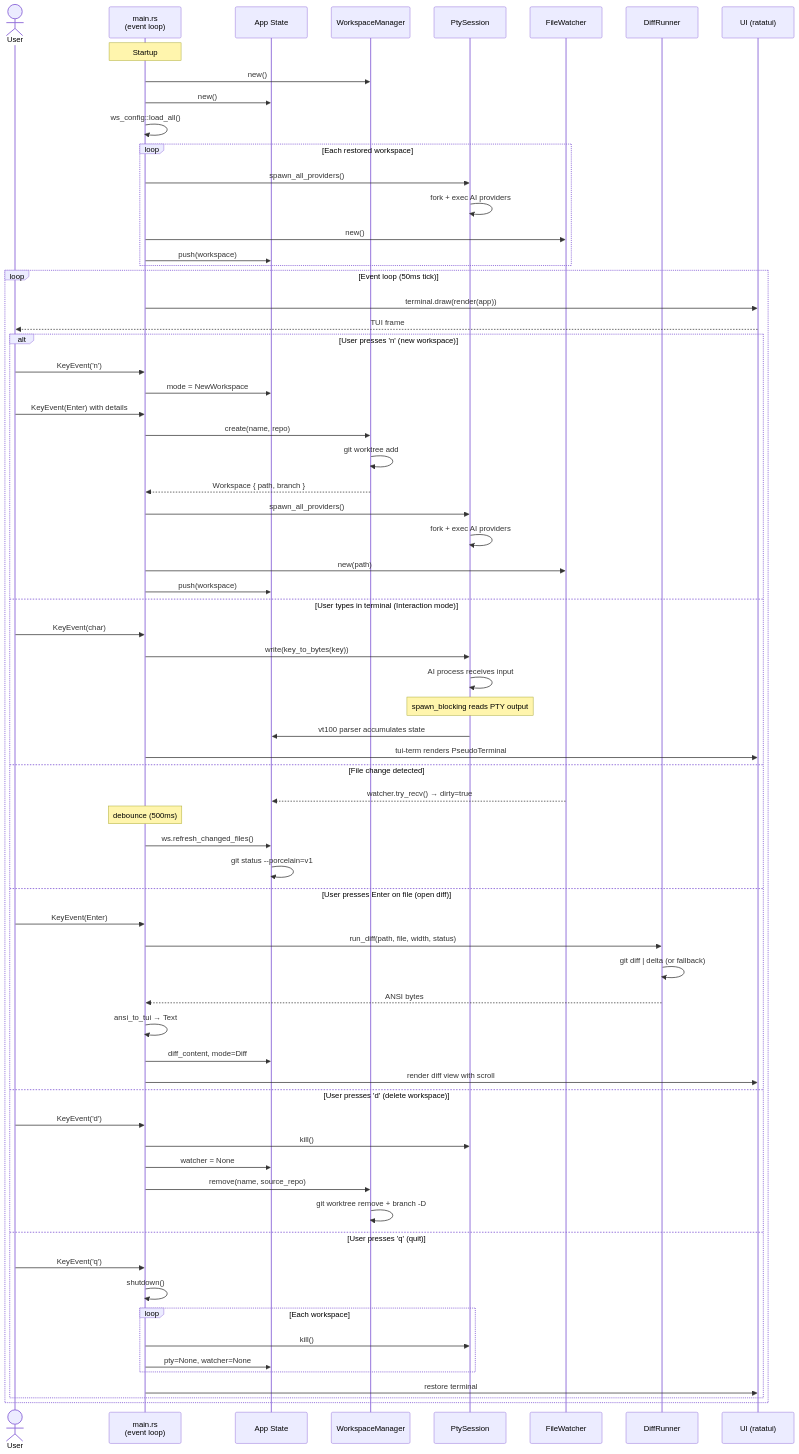
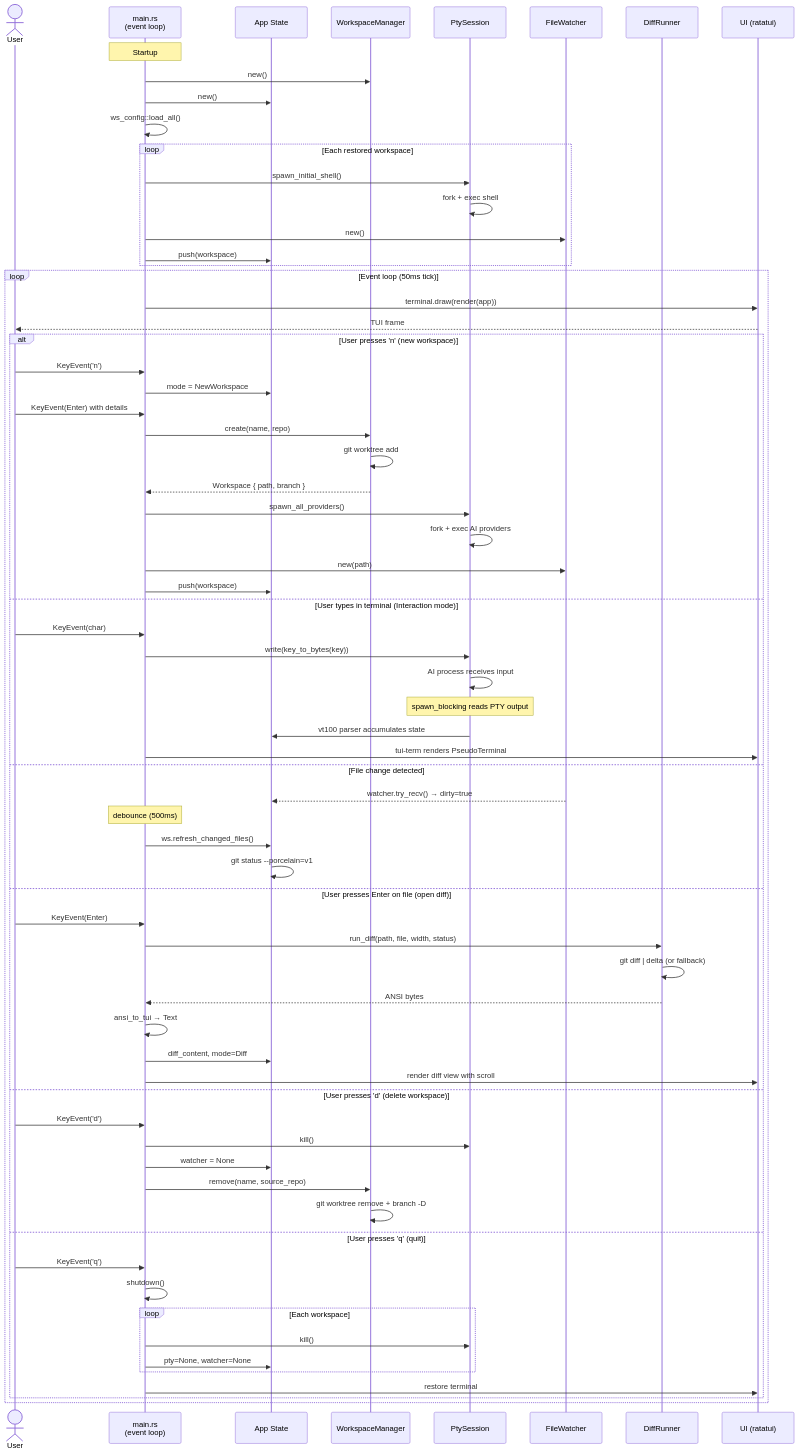
The diagram in README.md (juanknebel/piki-multi-ai), drawn with Mermaid before and after one commit. The commit also changed other lines of this file and 4 other files, not shown here.

````diff
--- a/README.md
+++ b/README.md
@@ -273,79 +278,79 @@
 ```mermaid
 sequenceDiagram
     actor User
     participant Main as main.rs<br/>(event loop)
     participant App as App State
     participant WM as WorkspaceManager
     participant PTY as PtySession
     participant Watcher as FileWatcher
     participant Diff as DiffRunner
     participant UI as UI (ratatui)
 
     Note over Main: Startup
     Main->>WM: new()
     Main->>App: new()
     Main->>Main: ws_config::load_all()
     loop Each restored workspace
-        Main->>PTY: spawn_all_providers()
-        PTY->>PTY: fork + exec AI providers
+        Main->>PTY: spawn_initial_shell()
+        PTY->>PTY: fork + exec shell
         Main->>Watcher: new()
         Main->>App: push(workspace)
     end
 
     loop Event loop (50ms tick)
         Main->>UI: terminal.draw(render(app))
         UI-->>User: TUI frame
 
         alt User presses 'n' (new workspace)
             User->>Main: KeyEvent('n')
             Main->>App: mode = NewWorkspace
             User->>Main: KeyEvent(Enter) with details
             Main->>WM: create(name, repo)
             WM->>WM: git worktree add
             WM-->>Main: Workspace { path, branch }
             Main->>PTY: spawn_all_providers()
             PTY->>PTY: fork + exec AI providers
             Main->>Watcher: new(path)
             Main->>App: push(workspace)
 
         else User types in terminal (Interaction mode)
             User->>Main: KeyEvent(char)
             Main->>PTY: write(key_to_bytes(key))
             PTY->>PTY: AI process receives input
             Note over PTY: spawn_blocking reads PTY output
             PTY->>App: vt100 parser accumulates state
             Main->>UI: tui-term renders PseudoTerminal
 
         else File change detected
             Watcher-->>App: watcher.try_recv() → dirty=true
             Note over Main: debounce (500ms)
             Main->>App: ws.refresh_changed_files()
             App->>App: git status --porcelain=v1
 
         else User presses Enter on file (open diff)
             User->>Main: KeyEvent(Enter)
             Main->>Diff: run_diff(path, file, width, status)
             Diff->>Diff: git diff | delta (or fallback)
             Diff-->>Main: ANSI bytes
             Main->>Main: ansi_to_tui → Text
             Main->>App: diff_content, mode=Diff
             Main->>UI: render diff view with scroll
 
         else User presses 'd' (delete workspace)
             User->>Main: KeyEvent('d')
             Main->>PTY: kill()
             Main->>App: watcher = None
             Main->>WM: remove(name, source_repo)
             WM->>WM: git worktree remove + branch -D
 
         else User presses 'q' (quit)
             User->>Main: KeyEvent('q')
             Main->>Main: shutdown()
             loop Each workspace
                 Main->>PTY: kill()
                 Main->>App: pty=None, watcher=None
             end
             Main->>UI: restore terminal
         end
     end
 ```
````
